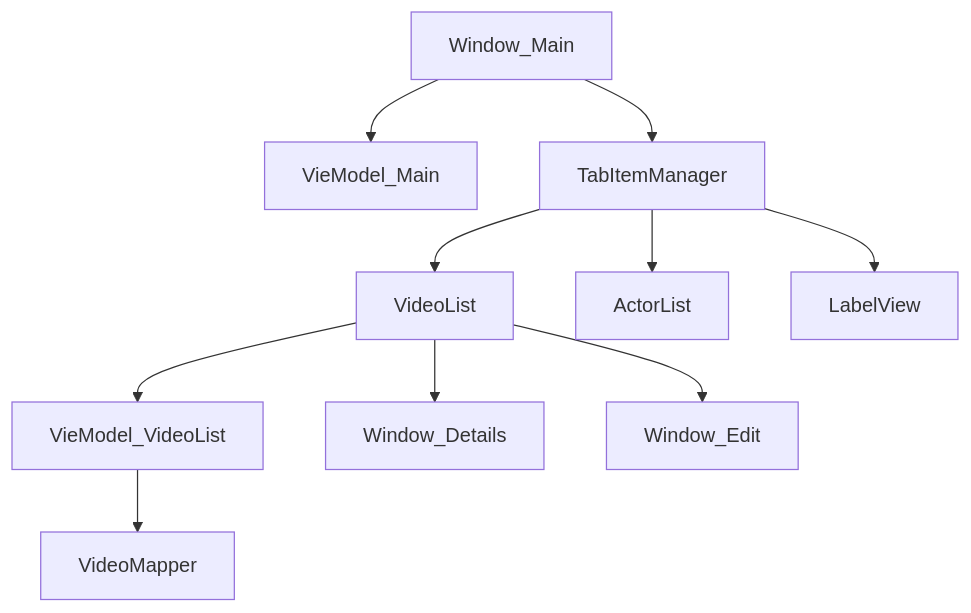
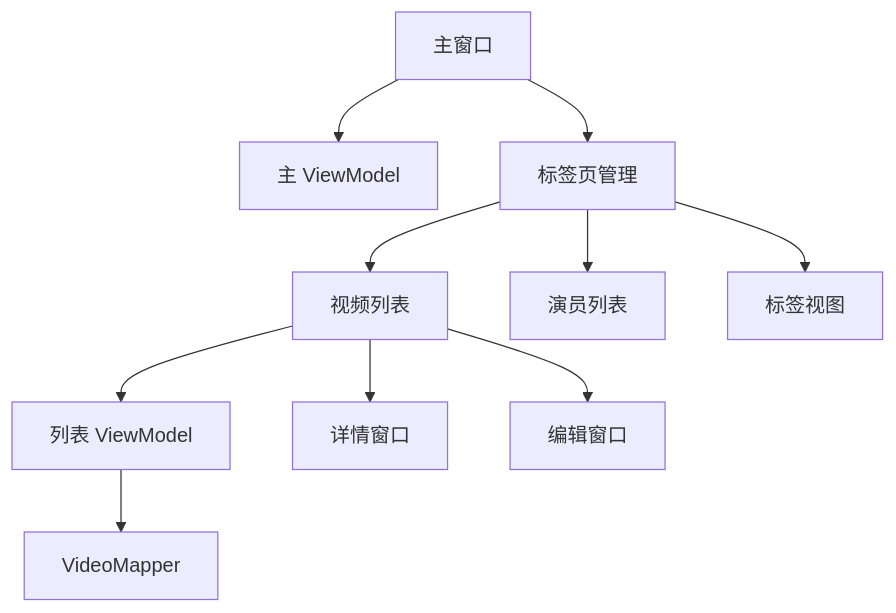
The diagram in doc/assets/diagrams/main-ui.mmd (spartawhy117/Jvedio), drawn with Mermaid before and after one commit. The commit also changed 27 other files, not shown here.

```diff
--- a/doc/assets/diagrams/main-ui.mmd
+++ b/doc/assets/diagrams/main-ui.mmd
@@ -1,10 +1,10 @@
 flowchart TD
-    A[Window_Main] --> B[VieModel_Main]
-    A --> C[TabItemManager]
-    C --> D[VideoList]
-    C --> E[ActorList]
-    C --> F[LabelView]
-    D --> G[VieModel_VideoList]
+    A[主窗口] --> B[主 ViewModel]
+    A --> C[标签页管理]
+    C --> D[视频列表]
+    C --> E[演员列表]
+    C --> F[标签视图]
+    D --> G[列表 ViewModel]
     G --> H[VideoMapper]
-    D --> I[Window_Details]
-    D --> J[Window_Edit]
+    D --> I[详情窗口]
+    D --> J[编辑窗口]
```
